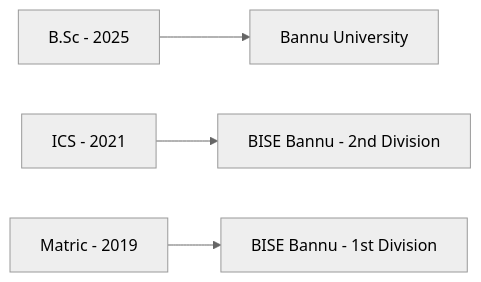
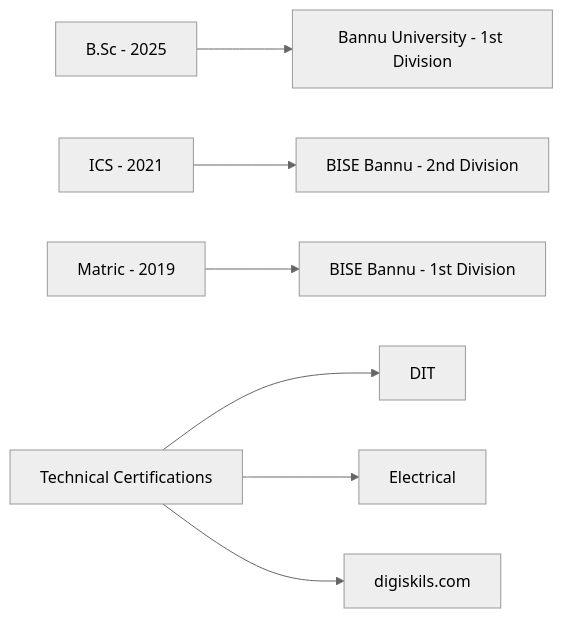
Before and after one commit to muhibkhan123/My-CV: the diagram in README.md, drawn with Mermaid (neutral theme). The commit also changed other lines of this file, not shown here.

Commit message:
README.md

````diff
--- a/README.md
+++ b/README.md
@@ -43,7 +43,9 @@
 ```mermaid
 graph LR
-    A[B.Sc - 2025] --> B[Bannu University ]
+    A[B.Sc - 2025] --> B[Bannu University - 1st Division]
     C[ICS - 2021] --> D[BISE Bannu - 2nd Division]
     E[Matric - 2019] --> F[BISE Bannu - 1st Division]
-  
+    G[Technical Certifications] --> H[DIT]
+    G --> I[Electrical]
+    G --> J[digiskils.com]
 ```
````
